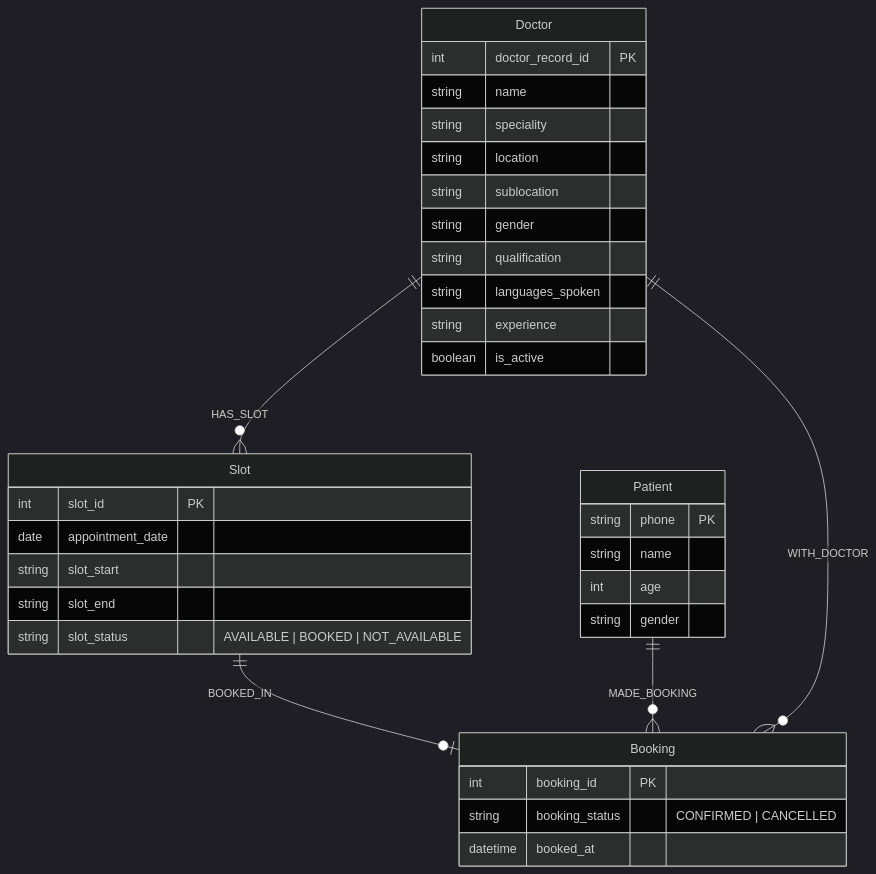
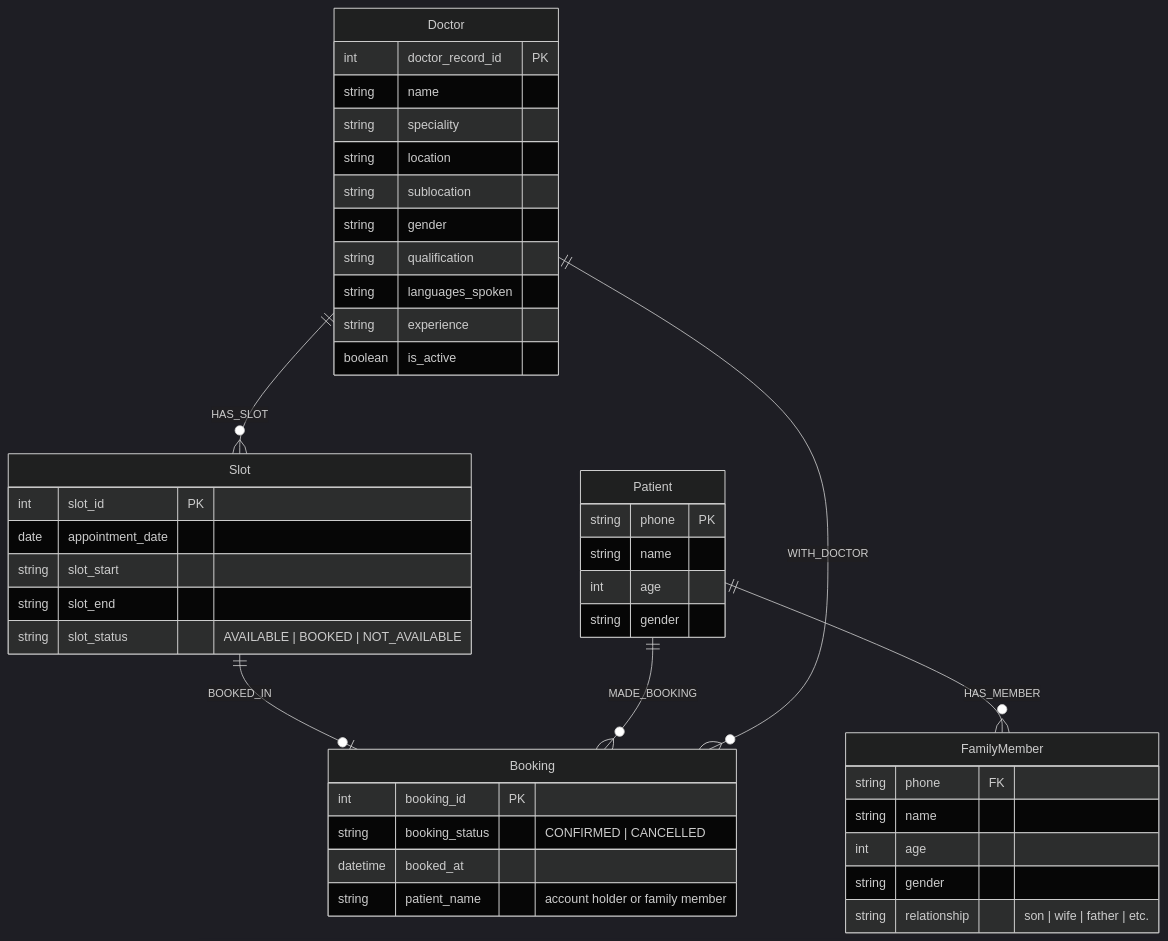
One commit to hpunetha/graphiti-assistant changed the second of 2 diagrams in README.md. Above: the diagram before and after it, drawn with Mermaid (dark theme). The commit also changed other lines of this file and 8 other files, not shown here.

Commit message:
feat: implement family member support for appointment booking and management

````diff
--- a/README.md
+++ b/README.md
@@ -199,38 +208,47 @@
 ```mermaid
 erDiagram
     Doctor {
         int doctor_record_id PK
         string name
         string speciality
         string location
         string sublocation
         string gender
         string qualification
         string languages_spoken
         string experience
         boolean is_active
     }
     Slot {
         int slot_id PK
         date appointment_date
         string slot_start
         string slot_end
         string slot_status "AVAILABLE | BOOKED | NOT_AVAILABLE"
     }
     Patient {
         string phone PK
         string name
         int age
         string gender
     }
+    FamilyMember {
+        string phone FK
+        string name
+        int age
+        string gender
+        string relationship "son | wife | father | etc."
+    }
     Booking {
         int booking_id PK
         string booking_status "CONFIRMED | CANCELLED"
         datetime booked_at
+        string patient_name "account holder or family member"
     }
 
     Doctor ||--o{ Slot : "HAS_SLOT"
     Slot ||--o| Booking : "BOOKED_IN"
     Patient ||--o{ Booking : "MADE_BOOKING"
     Booking }o--|| Doctor : "WITH_DOCTOR"
+    Patient ||--o{ FamilyMember : "HAS_MEMBER"
 ```
````
